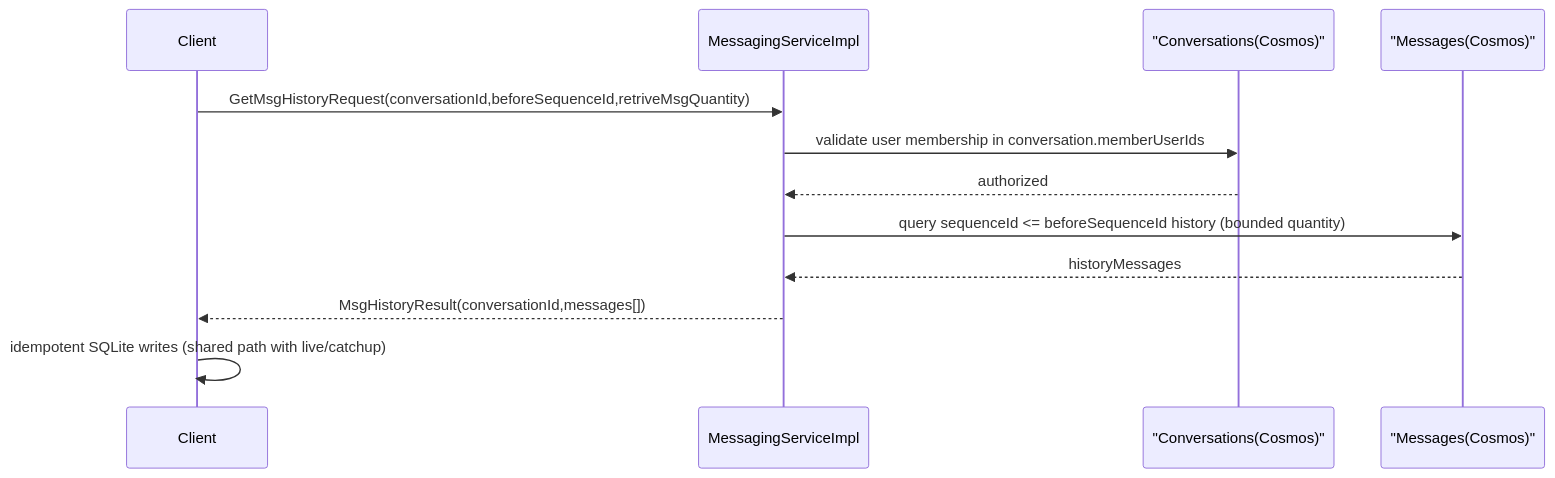
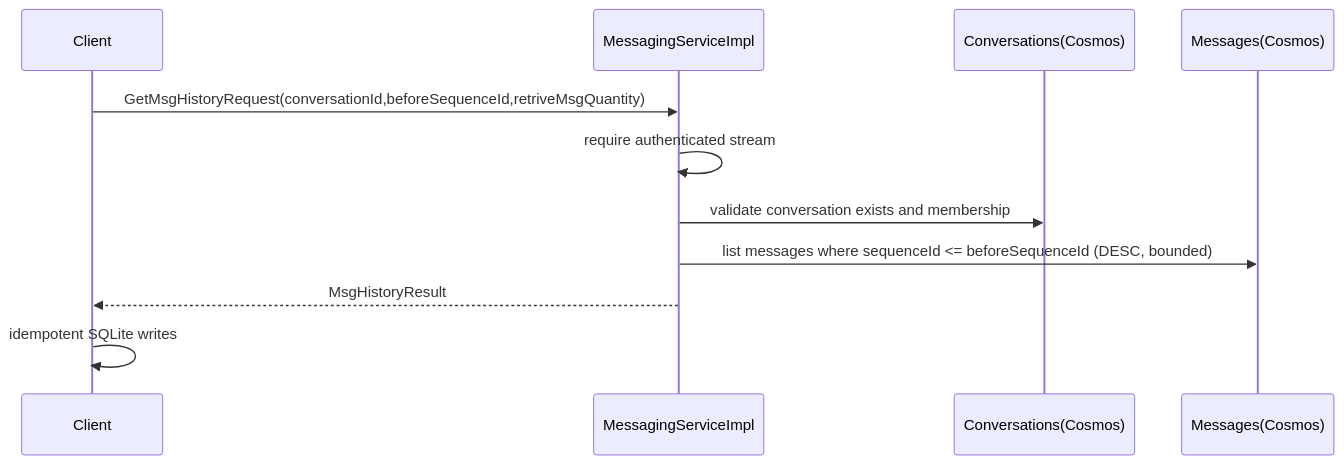
Before and after one commit to Matt1204/distributed-messaging-system: the third of 3 diagrams in specs/message_persistency_design_v2.md, drawn with Mermaid. The commit also changed other lines of this file and 7 other files, not shown here.

````diff
--- a/specs/message_persistency_design_v2.md
+++ b/specs/message_persistency_design_v2.md
@@ -92,17 +74,14 @@
 ```mermaid
 sequenceDiagram
     participant C as Client
     participant S as MessagingServiceImpl
-    participant CV as "Conversations(Cosmos)"
-    participant M as "Messages(Cosmos)"
+    participant CV as Conversations(Cosmos)
+    participant M as Messages(Cosmos)
 
     C->>S: GetMsgHistoryRequest(conversationId,beforeSequenceId,retriveMsgQuantity)
-    S->>CV: validate user membership in conversation.memberUserIds
-    CV-->>S: authorized
-
-    S->>M: query sequenceId <= beforeSequenceId history (bounded quantity)
-    M-->>S: historyMessages
-    S-->>C: MsgHistoryResult(conversationId,messages[])
-
-    C->>C: idempotent SQLite writes (shared path with live/catchup)
+    S->>S: require authenticated stream
+    S->>CV: validate conversation exists and membership
+    S->>M: list messages where sequenceId <= beforeSequenceId (DESC, bounded)
+    S-->>C: MsgHistoryResult
+    C->>C: idempotent SQLite writes
 ```
````
